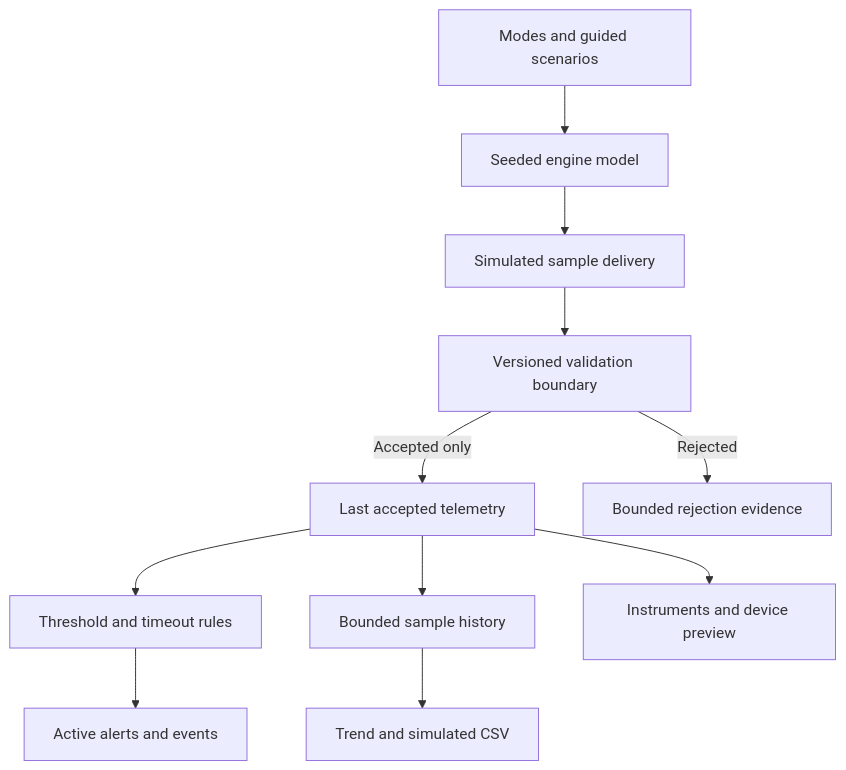
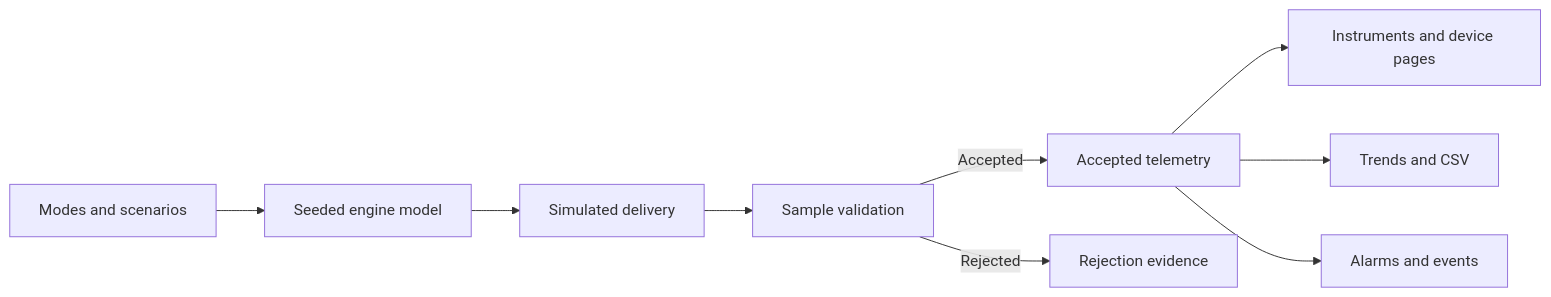
One commit to CloudWizardBoricua/cobalt-instrument-studio changed the diagram in README.md. Above: the diagram before and after it, drawn with Mermaid. The commit also changed other lines of this file and 11 other files, not shown here.

````diff
--- a/README.md
+++ b/README.md
@@ -143,13 +127,11 @@
 ```mermaid
-flowchart TD
-  Commands[Modes and guided scenarios] --> Model[Seeded engine model]
-  Model --> Transport[Simulated sample delivery]
-  Transport --> Contract[Versioned validation boundary]
-  Contract -->|Accepted only| Received[Last accepted telemetry]
-  Contract -->|Rejected| Validation[Bounded rejection evidence]
-  Received --> Diagnostics[Threshold and timeout rules]
-  Received --> History[Bounded sample history]
-  Received --> Gauges[Instruments and device preview]
-  History --> Trend[Trend and simulated CSV]
-  Diagnostics --> Alerts[Active alerts and events]
+flowchart LR
+  Controls[Modes and scenarios] --> Model[Seeded engine model]
+  Model --> Delivery[Simulated delivery]
+  Delivery --> Validation[Sample validation]
+  Validation -->|Accepted| State[Accepted telemetry]
+  Validation -->|Rejected| Evidence[Rejection evidence]
+  State --> Instruments[Instruments and device pages]
+  State --> History[Trends and CSV]
+  State --> Diagnostics[Alarms and events]
 ```
````
